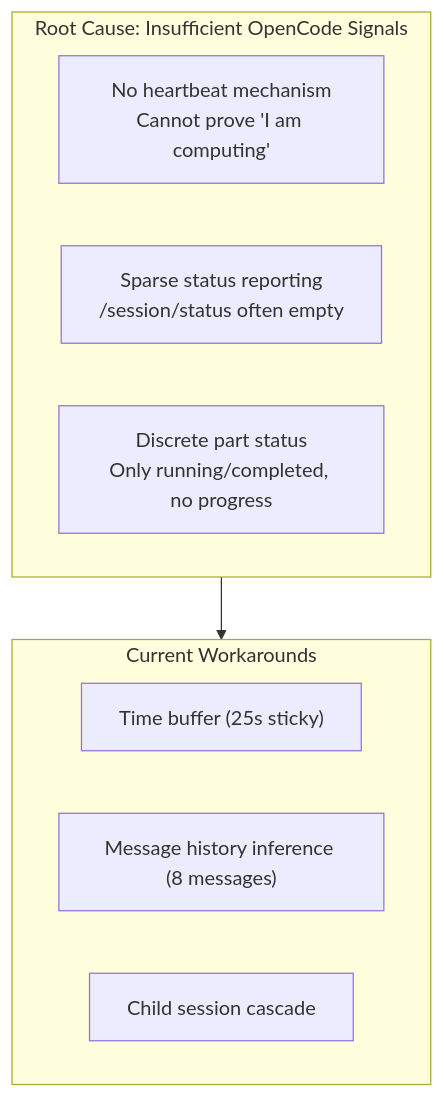
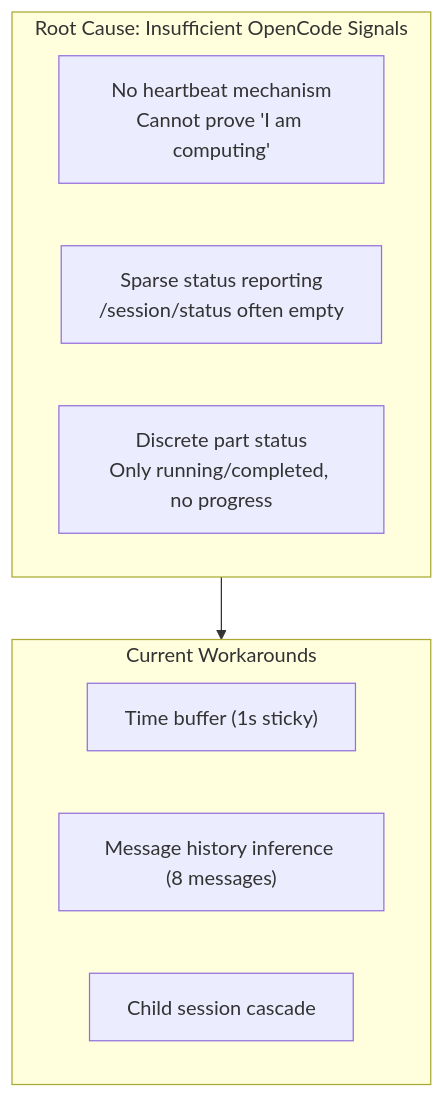
Before and after one commit to ChatTreeNet/VibePulse: the sixth of 8 diagrams in docs/session-status-detection.md, drawn with Mermaid. The commit also changed other lines of this file and 1 other file, not shown here.

Commit message:
docs: update session status detection documentation for improved sticky state management

````diff
--- a/docs/session-status-detection.md
+++ b/docs/session-status-detection.md
@@ -165,16 +165,16 @@
 ```mermaid
 flowchart TB
     subgraph RootCause["Root Cause: Insufficient OpenCode Signals"]
         R1["No heartbeat mechanism\nCannot prove 'I am computing'"]
         R2["Sparse status reporting\n/session/status often empty"]
         R3["Discrete part status\nOnly running/completed, no progress"]
     end
     
     subgraph Workarounds["Current Workarounds"]
-        W1["Time buffer (25s sticky)"]
+        W1["Time buffer (1s sticky)"]
         W2["Message history inference (8 messages)"]
         W3["Child session cascade"]
     end
     
     RootCause --> Workarounds
 ```
````
